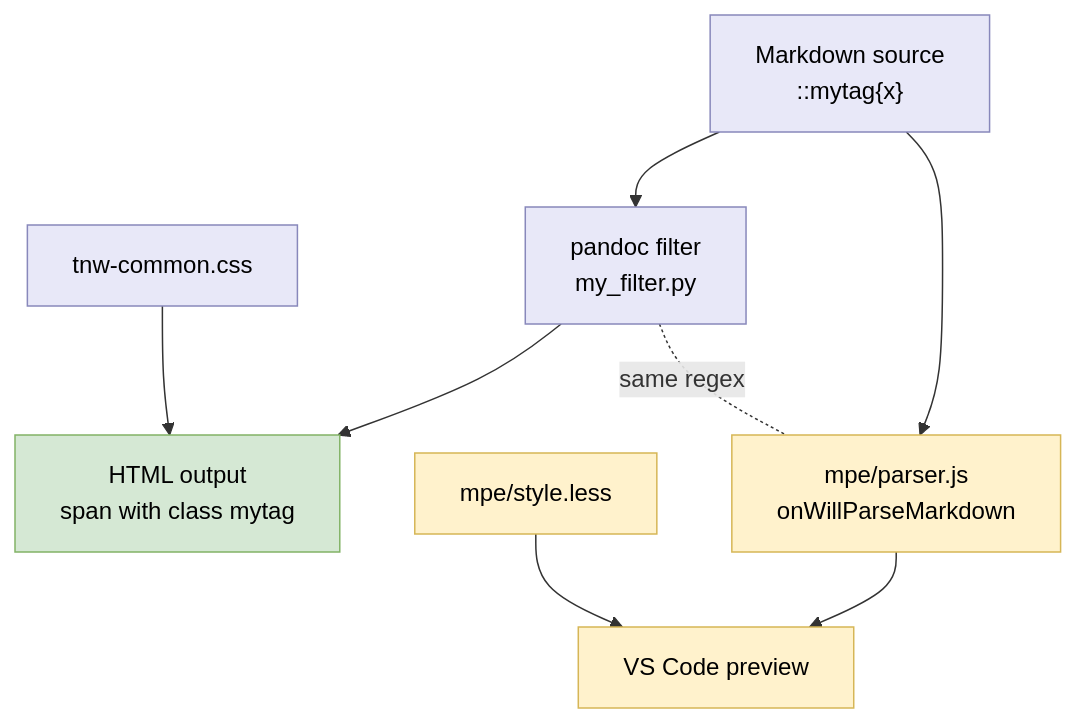
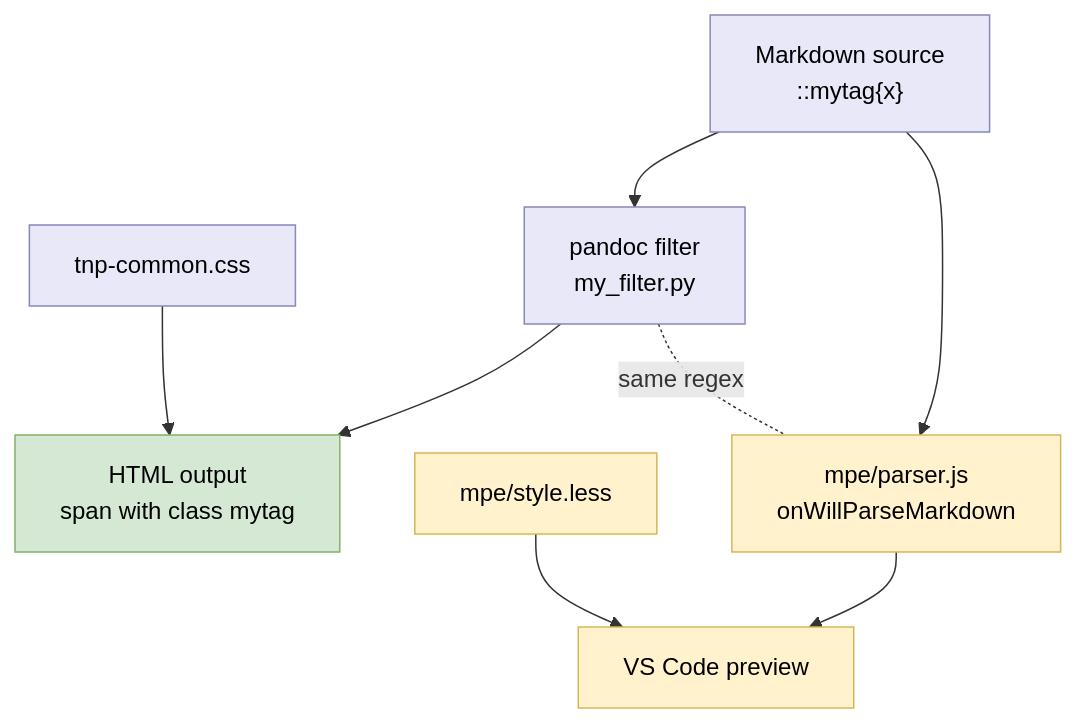
The second of 2 diagrams in docs/dev-process.md (dgerod/tnp), drawn with Mermaid before and after one commit. The commit also changed other lines of this file and 116 other files, not shown here.

First line of the commit message:
refactor!: rename 'tnw' to 'tnp'

````diff
--- a/docs/dev-process.md
+++ b/docs/dev-process.md
@@ -260,22 +260,22 @@
 ```mermaid
 flowchart TB
     SRC["Markdown source<br>::mytag{x}"]
     F["pandoc filter<br>my_filter.py"]
-    CSS["tnw-common.css"]
+    CSS["tnp-common.css"]
     HTML["HTML output<br>span with class mytag"]
     P["mpe/parser.js<br>onWillParseMarkdown"]
     L["mpe/style.less"]
     PREV["VS Code preview"]
     SRC --> F
     F --> HTML
     CSS --> HTML
     SRC --> P
     P --> PREV
     L --> PREV
     F -. same regex .- P
     class HTML green
     class P,L,PREV yellow
     classDef default fill:#E8E8F8,stroke:#8888BB,color:#000
     classDef green fill:#D5E8D4,stroke:#82B366,color:#000
     classDef yellow fill:#FFF2CC,stroke:#D6B656,color:#000
 ```
````
